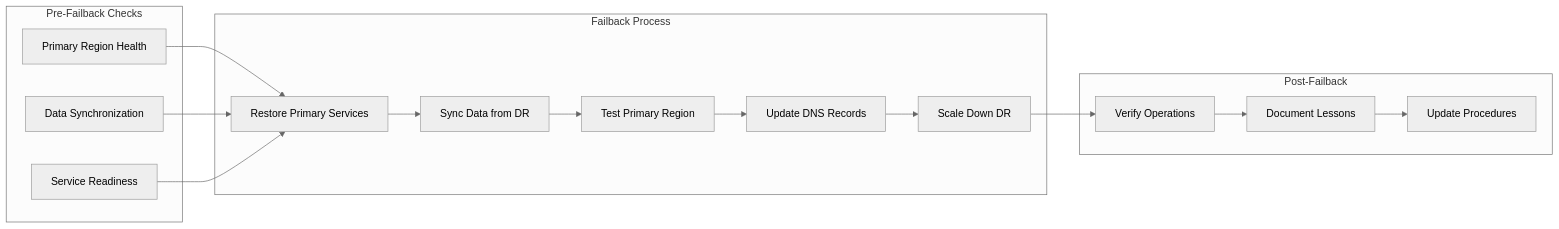
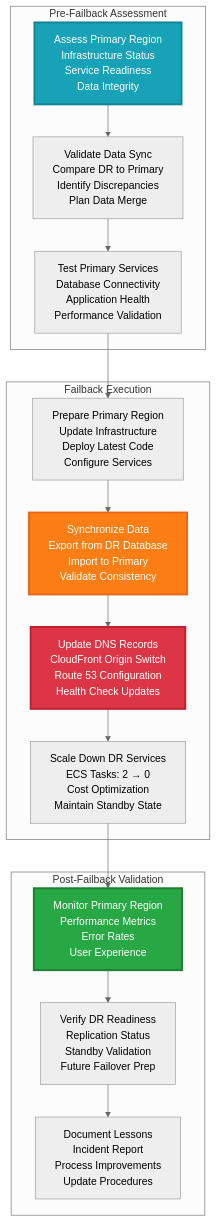
One commit to mangucletus/disaster-recovery-for-containerized-lamp-stack-application changed diagram 13 of 20 in README.md. Above: the diagram before and after it, drawn with Mermaid (neutral theme). The commit also changed other lines of this file, not shown here.

````diff
--- a/README.md
+++ b/README.md
@@ -534,35 +1007,36 @@
 ```mermaid
-graph LR
-    subgraph "Pre-Failback Checks"
-        Check1[Primary Region Health]
-        Check2[Data Synchronization]
-        Check3[Service Readiness]
+graph TD
+    subgraph "Pre-Failback Assessment"
+        A1[Assess Primary Region<br/>Infrastructure Status<br/>Service Readiness<br/>Data Integrity]
+        A2[Validate Data Sync<br/>Compare DR to Primary<br/>Identify Discrepancies<br/>Plan Data Merge]
+        A3[Test Primary Services<br/>Database Connectivity<br/>Application Health<br/>Performance Validation]
     end
     
-    subgraph "Failback Process"
-        Step1[Restore Primary Services]
-        Step2[Sync Data from DR]
-        Step3[Test Primary Region]
-        Step4[Update DNS Records]
-        Step5[Scale Down DR]
+    subgraph "Failback Execution"
+        B1[Prepare Primary Region<br/>Update Infrastructure<br/>Deploy Latest Code<br/>Configure Services]
+        B2[Synchronize Data<br/>Export from DR Database<br/>Import to Primary<br/>Validate Consistency]
+        B3[Update DNS Records<br/>CloudFront Origin Switch<br/>Route 53 Configuration<br/>Health Check Updates]
+        B4[Scale Down DR Services<br/>ECS Tasks: 2 → 0<br/>Cost Optimization<br/>Maintain Standby State]
     end
     
-    subgraph "Post-Failback"
-        Verify[Verify Operations]
-        Document[Document Lessons]
-        Update[Update Procedures]
+    subgraph "Post-Failback Validation"
+        C1[Monitor Primary Region<br/>Performance Metrics<br/>Error Rates<br/>User Experience]
+        C2[Verify DR Readiness<br/>Replication Status<br/>Standby Validation<br/>Future Failover Prep]
+        C3[Document Lessons<br/>Incident Report<br/>Process Improvements<br/>Update Procedures]
     end
     
-    Check1 --> Step1
-    Check2 --> Step1
-    Check3 --> Step1
+    A1 --> A2
+    A2 --> A3
+    A3 --> B1
+    B1 --> B2
+    B2 --> B3
+    B3 --> B4
+    B4 --> C1
+    C1 --> C2
+    C2 --> C3
     
-    Step1 --> Step2
-    Step2 --> Step3
-    Step3 --> Step4
-    Step4 --> Step5
-    
-    Step5 --> Verify
-    Verify --> Document
-    Document --> Update
+    style A1 fill:#17a2b8,color:#ffffff,stroke:#138496,stroke-width:3px
+    style B2 fill:#fd7e14,color:#ffffff,stroke:#e8681a,stroke-width:3px
+    style B3 fill:#dc3545,color:#ffffff,stroke:#bd2130,stroke-width:3px
+    style C1 fill:#28a745,color:#ffffff,stroke:#1e7e34,stroke-width:3px
 ```
````
